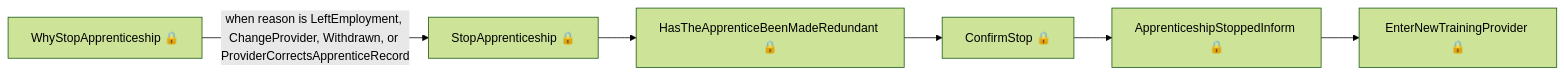
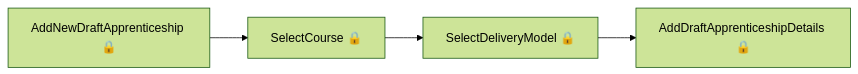
The first of 3 diagrams in das-employercommitments-v2/user-journeys/user-journeys.md (talentconsulting/atlas-dfe), drawn with Mermaid (forest theme) before and after one commit. The commit also changed other lines of this file and 22 other files, not shown here.

````diff
--- a/das-employercommitments-v2/user-journeys/user-journeys.md
+++ b/das-employercommitments-v2/user-journeys/user-journeys.md
@@ -9,8 +9,6 @@
 ```mermaid
 flowchart LR
-  p0["WhyStopApprenticeship 🔒"] -->|"when reason is LeftEmployment, ChangeProvider, Withdrawn, or ProviderCorrectsApprenticeRecord"| p1["StopApprenticeship 🔒"]
-  p1["StopApprenticeship 🔒"] --> p2["HasTheApprenticeBeenMadeRedundant 🔒"]
-  p2["HasTheApprenticeBeenMadeRedundant 🔒"] --> p3["ConfirmStop 🔒"]
-  p3["ConfirmStop 🔒"] --> p4["ApprenticeshipStoppedInform 🔒"]
-  p4["ApprenticeshipStoppedInform 🔒"] --> p5["EnterNewTrainingProvider 🔒"]
+  p0["AddNewDraftApprenticeship 🔒"] --> p1["SelectCourse 🔒"]
+  p1["SelectCourse 🔒"] --> p2["SelectDeliveryModel 🔒"]
+  p2["SelectDeliveryModel 🔒"] --> p3["AddDraftApprenticeshipDetails 🔒"]
 ```
````
